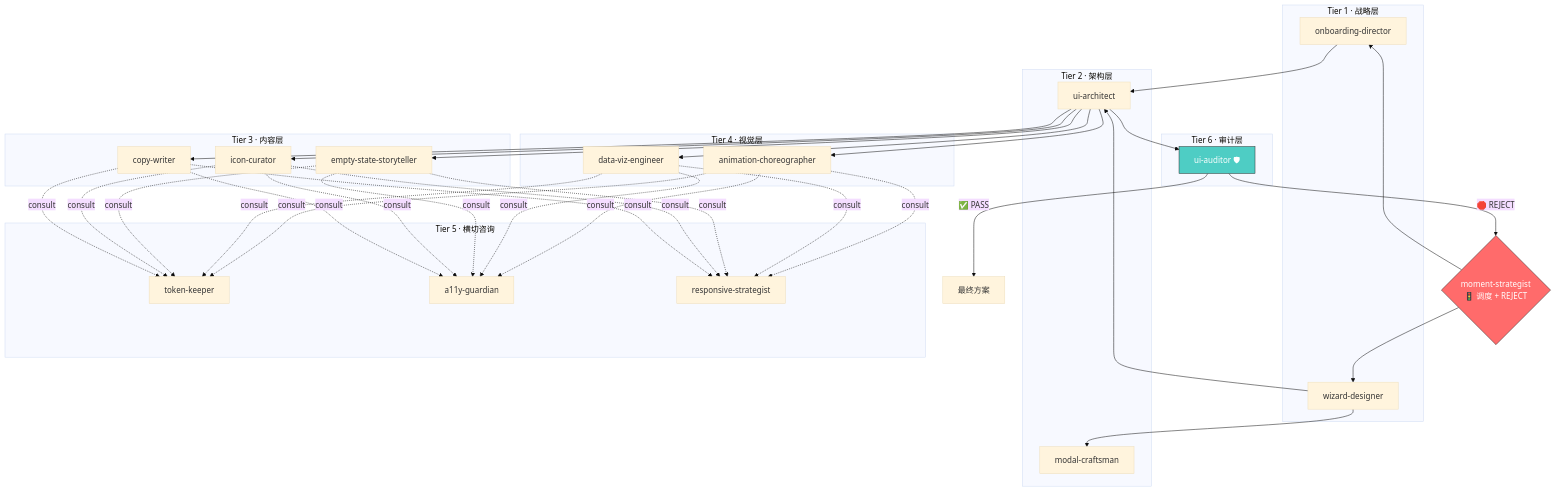
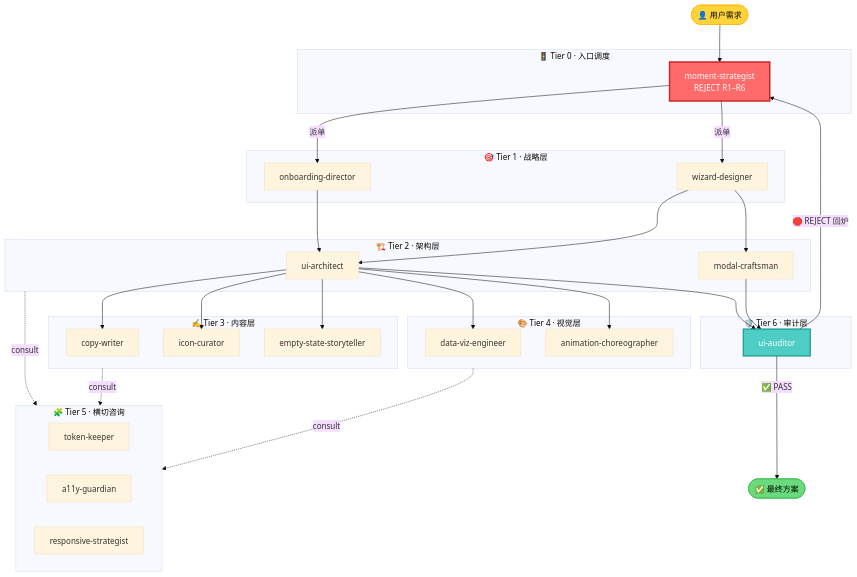
Before and after one commit to SuanFishXYY/suanfish-design-system: the diagram in README.md, drawn with Mermaid (base theme).

Commit message:
fix(readme): rewrite mermaid architecture diagram
- Wrap moment-strategist in Tier 0 subgraph (was floating)
- Add User entry + Output exit semantic nodes
- Tier 2 now also consult Tier 5 (was missing)
- Split & multi-edges into individual arrows for stable layout
- Stronger color contrast on MS / UAU / User / Output
- Switch graph TB to flowchart TB for modern renderer

````diff
--- a/README.md
+++ b/README.md
@@ -31,40 +31,65 @@
 ```mermaid
-graph TB
-    subgraph "Tier 1 · 战略层"
+flowchart TB
+    User([👤 用户需求])
+
+    subgraph T0 ["🚦 Tier 0 · 入口调度"]
+        MS["moment-strategist<br/>REJECT R1–R6"]
+    end
+
+    subgraph T1 ["🎯 Tier 1 · 战略层"]
         OD[onboarding-director]
         WD[wizard-designer]
     end
-    subgraph "Tier 2 · 架构层"
+
+    subgraph T2 ["🏗️ Tier 2 · 架构层"]
         UA[ui-architect]
         MC[modal-craftsman]
     end
-    subgraph "Tier 3 · 内容层"
+
+    subgraph T3 ["✍️ Tier 3 · 内容层"]
         CW[copy-writer]
         IC[icon-curator]
         ES[empty-state-storyteller]
     end
-    subgraph "Tier 4 · 视觉层"
+
+    subgraph T4 ["🎨 Tier 4 · 视觉层"]
         DV[data-viz-engineer]
         AC[animation-choreographer]
     end
-    subgraph "Tier 5 · 横切咨询"
+
+    subgraph T5 ["🧩 Tier 5 · 横切咨询"]
         TK[token-keeper]
         AG[a11y-guardian]
         RS[responsive-strategist]
     end
-    subgraph "Tier 6 · 审计层"
-        UAU[ui-auditor 🛡]
+
+    subgraph T6 ["🛡️ Tier 6 · 审计层"]
+        UAU[ui-auditor]
     end
-    MS{moment-strategist<br/>🚦 调度 + REJECT}
-    MS --> OD & WD
+
+    Output([✅ 最终方案])
+
+    User --> MS
+    MS -->|派单| OD
+    MS -->|派单| WD
     OD --> UA
-    WD --> UA & MC
-    UA --> CW & IC & ES
-    UA --> DV & AC
-    CW & IC & ES & DV & AC -.consult.-> TK & AG & RS
+    WD --> UA
+    WD --> MC
+    UA --> CW
+    UA --> IC
+    UA --> ES
+    UA --> DV
+    UA --> AC
     UA --> UAU
-    UAU --> |✅ PASS| Output[最终方案]
-    UAU --> |🛑 REJECT| MS
-    style MS fill:#ff6b6b,stroke:#333,color:#fff
-    style UAU fill:#4ecdc4,stroke:#333,color:#fff
+    MC --> UAU
+    T2 -.consult.-> T5
+    T3 -.consult.-> T5
+    T4 -.consult.-> T5
+    UAU -->|✅ PASS| Output
+    UAU -->|🛑 REJECT 回炉| MS
+
+    style MS fill:#ff6b6b,stroke:#c92a2a,color:#fff,stroke-width:3px
+    style UAU fill:#4ecdc4,stroke:#0a8d83,color:#fff,stroke-width:2px
+    style User fill:#ffd43b,stroke:#fab005,color:#000
+    style Output fill:#69db7c,stroke:#37b24d,color:#000
 ```
````
